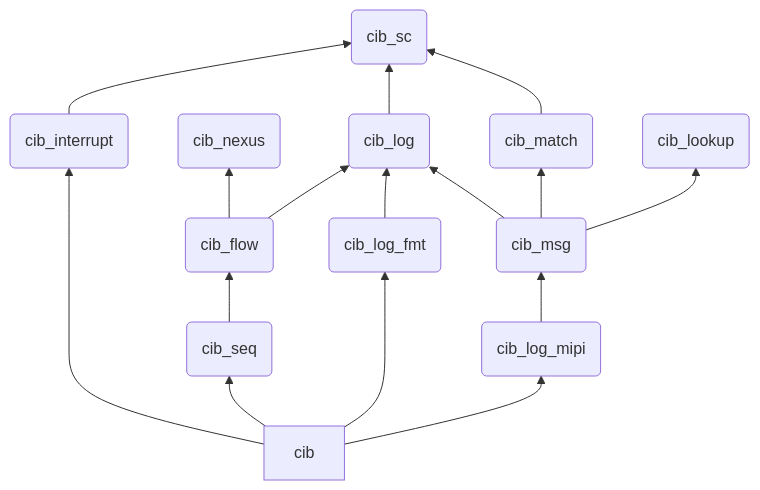
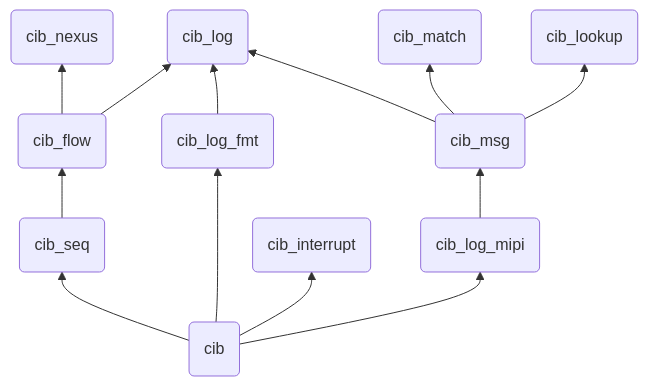
The diagram in docs/intro.adoc (intel/compile-time-init-build), drawn with Mermaid before and after one commit. The commit also changed other lines of this file and 50 other files, not shown here.

```diff
--- a/docs/intro.adoc
+++ b/docs/intro.adoc
@@ -57,24 +56,21 @@
 [mermaid, format="svg"]
 ----
 flowchart BT
-  sc(cib_sc)
   nexus(cib_nexus)
   lookup(cib_lookup)
+  log(cib_log)
+  match(cib_match)
 
   flow(cib_flow) --> nexus
   flow --> log
-
-  interrupt(cib_interrupt) --> sc
-  match(cib_match) --> sc
-  log(cib_log) --> sc
-
 
   log_fmt(cib_log_fmt) --> log
   msg(cib_msg) --> log & match
   msg --> lookup
 
   log_mipi(cib_log_mipi) --> msg
   seq(cib_seq) --> flow
 
-  cib --> interrupt & seq & log_fmt & log_mipi
+  interrupt(cib_interrupt)
+  cib(cib) --> interrupt & seq & log_fmt & log_mipi
 ----
```
